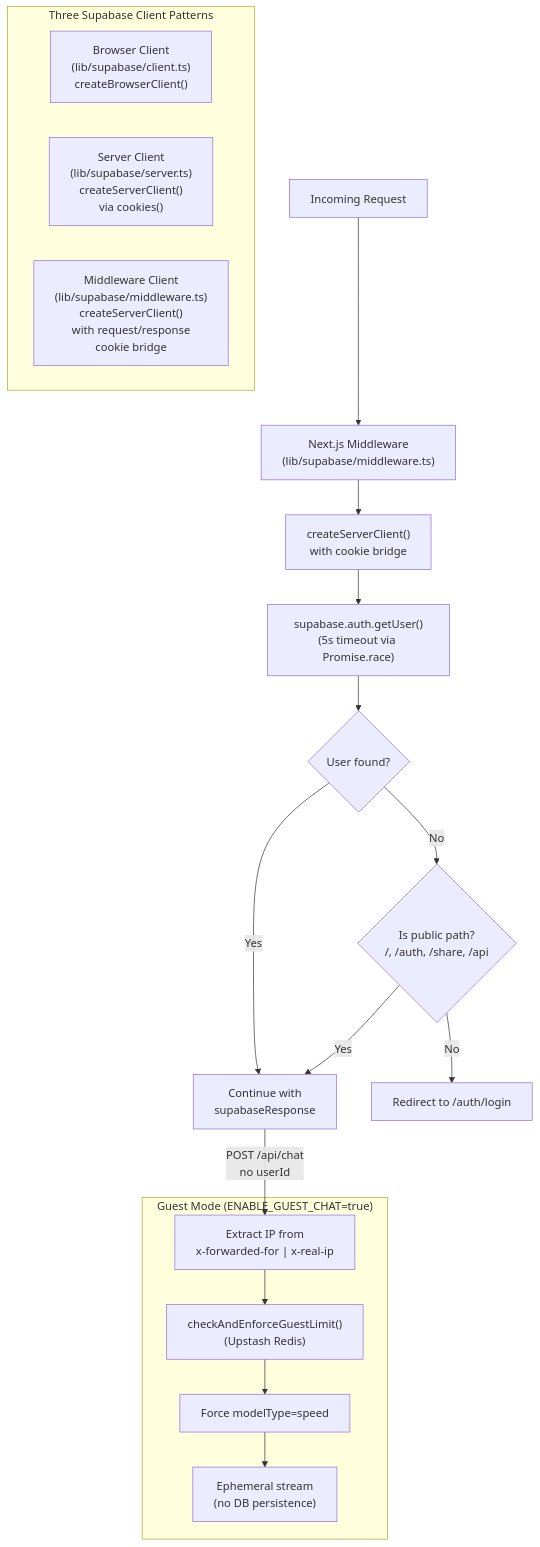
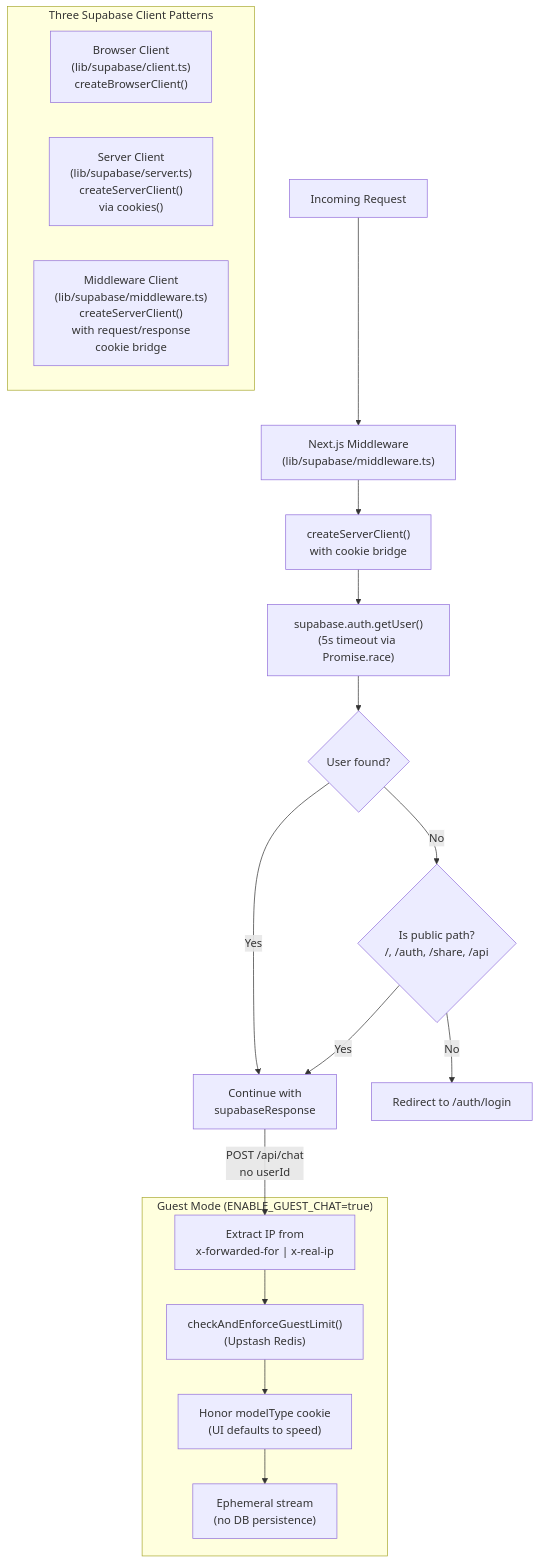
The sixth of 10 diagrams in docs/architecture/OVERVIEW.md (NickB03/polymorph), drawn with Mermaid before and after one commit. The commit also changed other lines of this file and 1 other file, not shown here.

Commit message:
docs: correct PR 232 review findings

````diff
--- a/docs/architecture/OVERVIEW.md
+++ b/docs/architecture/OVERVIEW.md
@@ -473,33 +473,33 @@
 ```mermaid
 flowchart TD
     Request["Incoming Request"]
     MW["Next.js Middleware<br/>(lib/supabase/middleware.ts)"]
     CreateClient["createServerClient()<br/>with cookie bridge"]
     GetUser["supabase.auth.getUser()<br/>(5s timeout via Promise.race)"]
     UserExists{"User found?"}
     PublicPath{"Is public path?<br/>/, /auth, /share, /api"}
     Redirect["Redirect to /auth/login"]
     Continue["Continue with<br/>supabaseResponse"]
 
     subgraph ClientPatterns["Three Supabase Client Patterns"]
         BrowserClient["Browser Client<br/>(lib/supabase/client.ts)<br/>createBrowserClient()"]
         ServerClient["Server Client<br/>(lib/supabase/server.ts)<br/>createServerClient()<br/>via cookies()"]
         MWClient["Middleware Client<br/>(lib/supabase/middleware.ts)<br/>createServerClient()<br/>with request/response<br/>cookie bridge"]
     end
 
     subgraph GuestMode["Guest Mode (ENABLE_GUEST_CHAT=true)"]
         ExtractIP["Extract IP from<br/>x-forwarded-for | x-real-ip"]
         RateLimit["checkAndEnforceGuestLimit()<br/>(Upstash Redis)"]
-        ForceSpeedModel["Force modelType=speed"]
+        ModelPreference["Honor modelType cookie<br/>(UI defaults to speed)"]
         EphemeralStream["Ephemeral stream<br/>(no DB persistence)"]
     end
 
     Request --> MW --> CreateClient --> GetUser --> UserExists
     UserExists -->|Yes| Continue
     UserExists -->|No| PublicPath
     PublicPath -->|Yes| Continue
     PublicPath -->|No| Redirect
 
     Continue -->|"POST /api/chat<br/>no userId"| ExtractIP
-    ExtractIP --> RateLimit --> ForceSpeedModel --> EphemeralStream
+    ExtractIP --> RateLimit --> ModelPreference --> EphemeralStream
 ```
````
